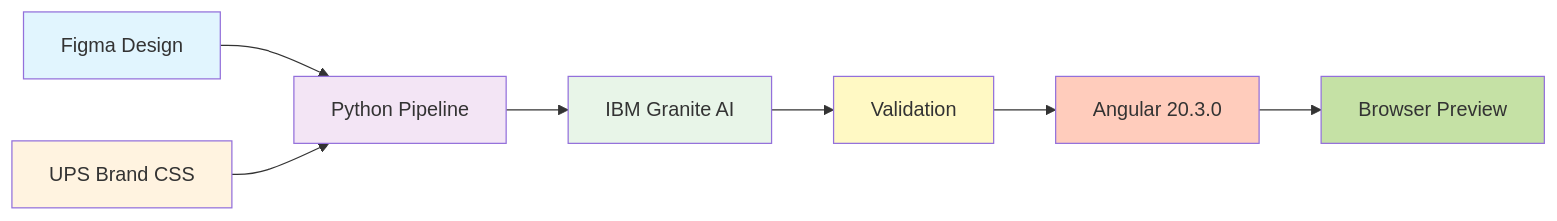
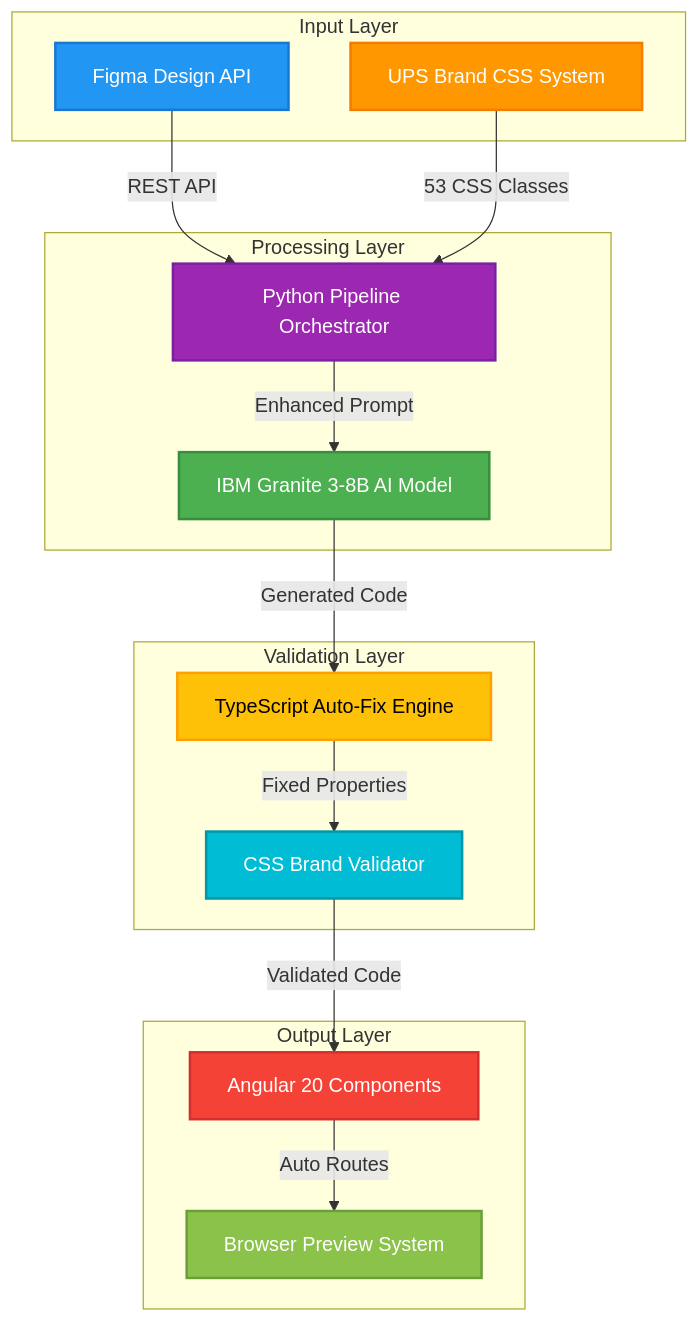
One commit to jainshauryaups/FIGMA-UX-TO-UI-CODE-GENERATOR changed the first of 6 diagrams in README.md. Above: the diagram before and after it, drawn with Mermaid. The commit also changed other lines of this file, not shown here.

Commit message:
Professional README for POC presentation - removed all emojis, enhanced Mermaid diagrams with enterprise architecture flows, added Gantt timeline, sequence diagram, and comprehensive tech stack visualization

````diff
--- a/README.md
+++ b/README.md
@@ -63,17 +64,39 @@
 ```mermaid
-graph LR
-    A[Figma Design] --> B[Python Pipeline]
-    C[UPS Brand CSS] --> B
-    B --> D[IBM Granite AI]
-    D --> E[Validation]
-    E --> F[Angular 20.3.0]
-    F --> G[Browser Preview]
+graph TB
+    subgraph "Input Layer"
+        A[Figma Design API]
+        B[UPS Brand CSS System]
+    end
     
-    style A fill:#e1f5fe
-    style C fill:#fff3e0
-    style B fill:#f3e5f5
-    style D fill:#e8f5e8
-    style E fill:#fff9c4
-    style F fill:#ffccbc
-    style G fill:#c5e1a5
+    subgraph "Processing Layer"
+        C[Python Pipeline Orchestrator]
+        D[IBM Granite 3-8B AI Model]
+    end
+    
+    subgraph "Validation Layer"
+        E[TypeScript Auto-Fix Engine]
+        F[CSS Brand Validator]
+    end
+    
+    subgraph "Output Layer"
+        G[Angular 20 Components]
+        H[Browser Preview System]
+    end
+    
+    A -->|REST API| C
+    B -->|53 CSS Classes| C
+    C -->|Enhanced Prompt| D
+    D -->|Generated Code| E
+    E -->|Fixed Properties| F
+    F -->|Validated Code| G
+    G -->|Auto Routes| H
+    
+    style A fill:#2196F3,stroke:#1976D2,stroke-width:2px,color:#fff
+    style B fill:#FF9800,stroke:#F57C00,stroke-width:2px,color:#fff
+    style C fill:#9C27B0,stroke:#7B1FA2,stroke-width:2px,color:#fff
+    style D fill:#4CAF50,stroke:#388E3C,stroke-width:2px,color:#fff
+    style E fill:#FFC107,stroke:#FFA000,stroke-width:2px,color:#000
+    style F fill:#00BCD4,stroke:#0097A7,stroke-width:2px,color:#fff
+    style G fill:#F44336,stroke:#D32F2F,stroke-width:2px,color:#fff
+    style H fill:#8BC34A,stroke:#689F38,stroke-width:2px,color:#fff
 ```
````
